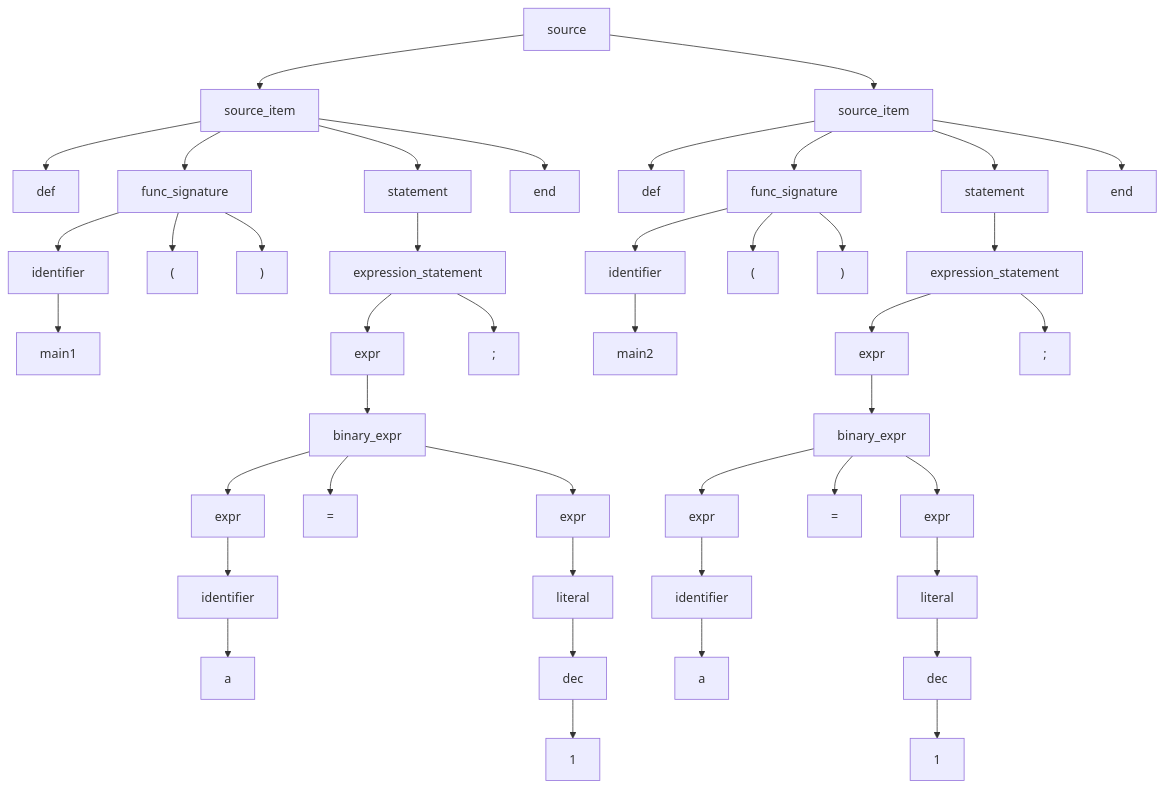
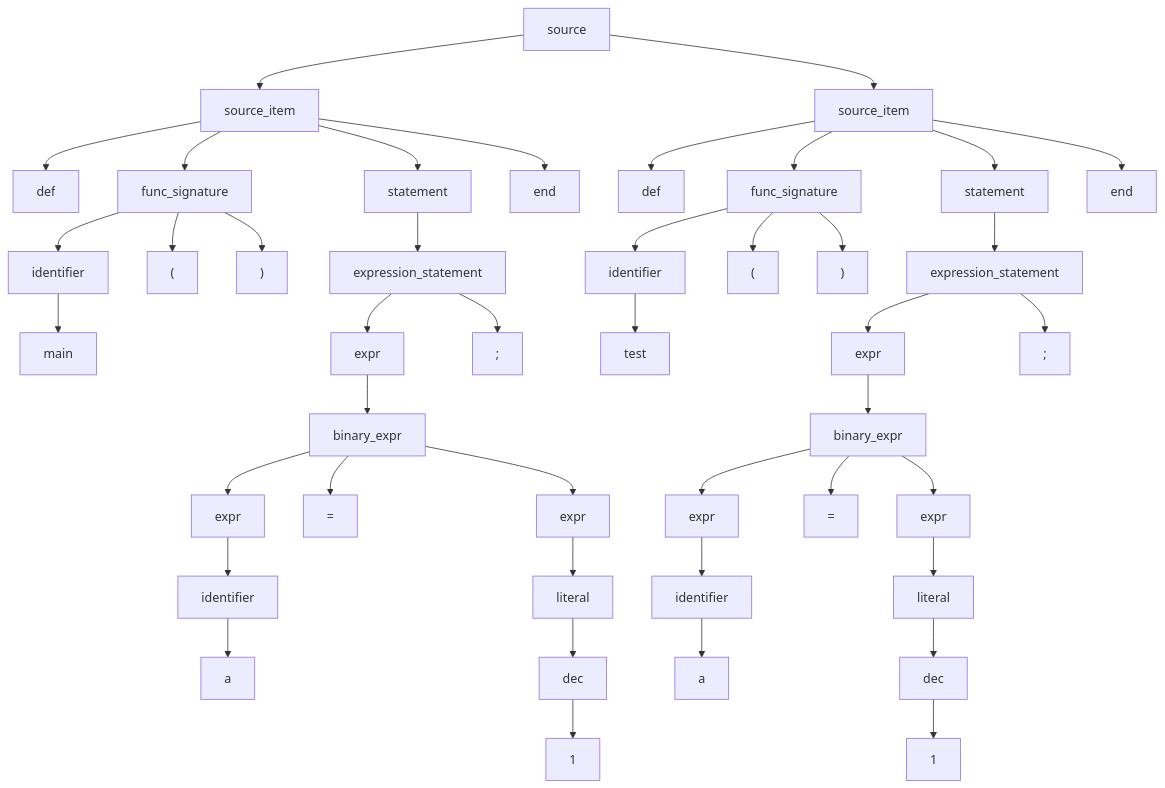
The diagram in ast.mmd (ErnandesDaniel/system-software-lab-2), drawn with Mermaid before and after one commit. The commit also changed 3 other files, not shown here.

```diff
--- a/ast.mmd
+++ b/ast.mmd
@@ -1,86 +1,86 @@
 graph TD;
 N0["source"]
 N1["source_item"]
 N0 --> N1
 N2["def"]
 N1 --> N2
 N3["func_signature"]
 N1 --> N3
 N4["identifier"]
 N3 --> N4
-N5["main1"]
+N5["main"]
 N4 --> N5
 N6["("]
 N3 --> N6
 N7[")"]
 N3 --> N7
 N8["statement"]
 N1 --> N8
 N9["expression_statement"]
 N8 --> N9
 N10["expr"]
 N9 --> N10
 N11["binary_expr"]
 N10 --> N11
 N12["expr"]
 N11 --> N12
 N13["identifier"]
 N12 --> N13
 N14["a"]
 N13 --> N14
 N15["="]
 N11 --> N15
 N16["expr"]
 N11 --> N16
 N17["literal"]
 N16 --> N17
 N18["dec"]
 N17 --> N18
 N19["1"]
 N18 --> N19
 N20[";"]
 N9 --> N20
 N21["end"]
 N1 --> N21
 N22["source_item"]
 N0 --> N22
 N23["def"]
 N22 --> N23
 N24["func_signature"]
 N22 --> N24
 N25["identifier"]
 N24 --> N25
-N26["main2"]
+N26["test"]
 N25 --> N26
 N27["("]
 N24 --> N27
 N28[")"]
 N24 --> N28
 N29["statement"]
 N22 --> N29
 N30["expression_statement"]
 N29 --> N30
 N31["expr"]
 N30 --> N31
 N32["binary_expr"]
 N31 --> N32
 N33["expr"]
 N32 --> N33
 N34["identifier"]
 N33 --> N34
 N35["a"]
 N34 --> N35
 N36["="]
 N32 --> N36
 N37["expr"]
 N32 --> N37
 N38["literal"]
 N37 --> N38
 N39["dec"]
 N38 --> N39
 N40["1"]
 N39 --> N40
 N41[";"]
 N30 --> N41
 N42["end"]
 N22 --> N42
```
